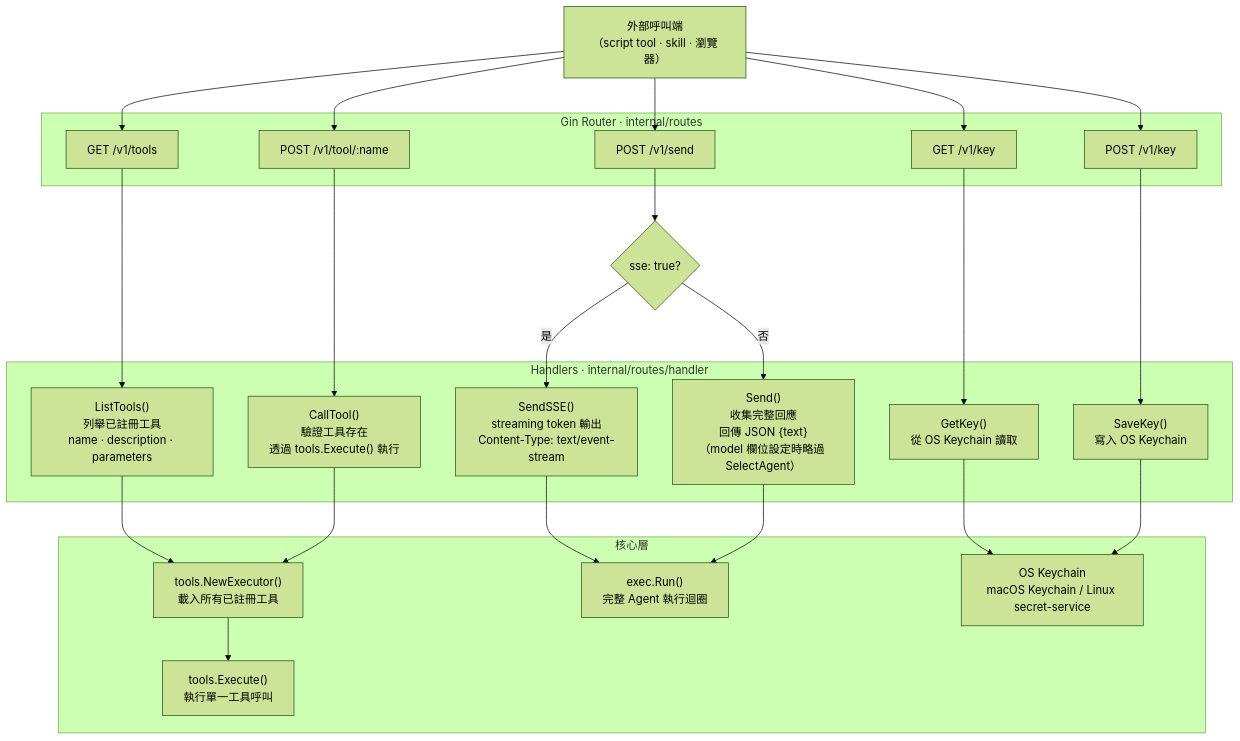
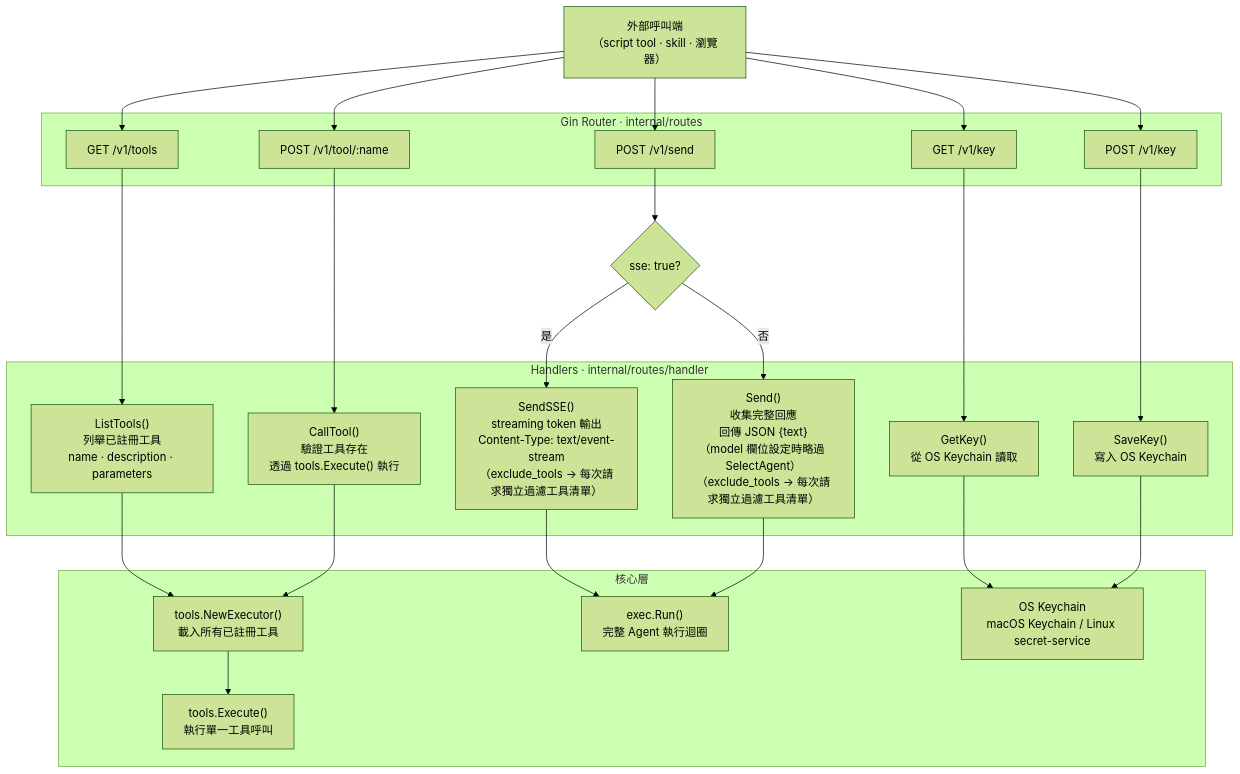
Before and after one commit to pardnchiu/Agenvoy: the seventh of 7 diagrams in doc/architecture.zh.md, drawn with Mermaid (forest theme). The commit also changed other lines of this file and 5 other files, not shown here.

````diff
--- a/doc/architecture.zh.md
+++ b/doc/architecture.zh.md
@@ -301,46 +306,46 @@
 ```mermaid
 flowchart TD
     Client["外部呼叫端\n（script tool · skill · 瀏覽器）"]
 
     subgraph Router ["Gin Router · internal/routes"]
         R1["GET  /v1/tools"]
         R2["POST /v1/tool/:name"]
         R3["POST /v1/send"]
         R4["GET  /v1/key"]
         R5["POST /v1/key"]
     end
 
     subgraph Handlers ["Handlers · internal/routes/handler"]
         H1["ListTools()\n列舉已註冊工具\nname · description · parameters"]
         H2["CallTool()\n驗證工具存在\n透過 tools.Execute() 執行"]
-        H3SSE["SendSSE()\nstreaming token 輸出\nContent-Type: text/event-stream"]
-        H3JSON["Send()\n收集完整回應\n回傳 JSON {text}\n（model 欄位設定時略過 SelectAgent）"]
+        H3SSE["SendSSE()\nstreaming token 輸出\nContent-Type: text/event-stream\n（exclude_tools → 每次請求獨立過濾工具清單）"]
+        H3JSON["Send()\n收集完整回應\n回傳 JSON {text}\n（model 欄位設定時略過 SelectAgent）\n（exclude_tools → 每次請求獨立過濾工具清單）"]
         H4["GetKey()\n從 OS Keychain 讀取"]
         H5["SaveKey()\n寫入 OS Keychain"]
     end
 
     subgraph Core ["核心層"]
         Executor["tools.NewExecutor()\n載入所有已註冊工具"]
         Execute["tools.Execute()\n執行單一工具呼叫"]
         Run["exec.Run()\n完整 Agent 執行迴圈"]
         KC["OS Keychain\nmacOS Keychain / Linux secret-service"]
     end
 
     SSECheck{"sse: true?"}
 
     Client --> R1 & R2 & R3 & R4 & R5
     R1 --> H1
     R2 --> H2
     R3 --> SSECheck
     SSECheck -->|"是"| H3SSE
     SSECheck -->|"否"| H3JSON
     R4 --> H4
     R5 --> H5
 
     H1 --> Executor
     H2 --> Executor --> Execute
     H3SSE --> Run
     H3JSON --> Run
     H4 --> KC
     H5 --> KC
 ```
````
